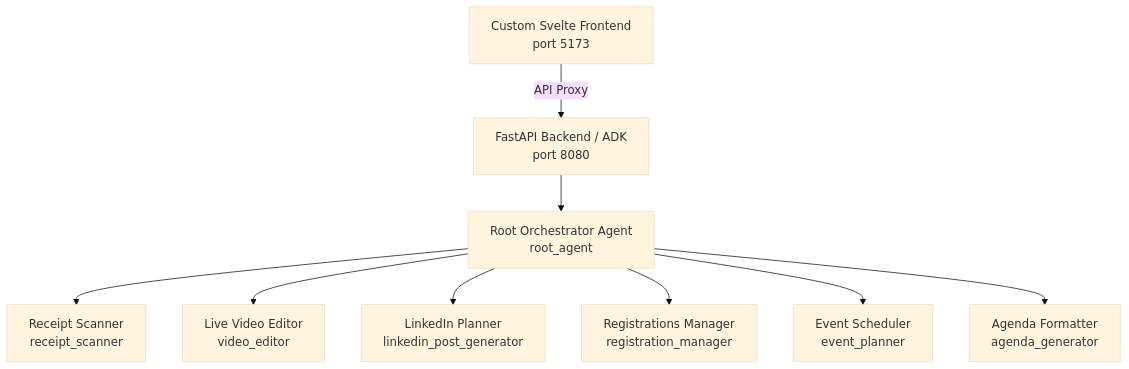
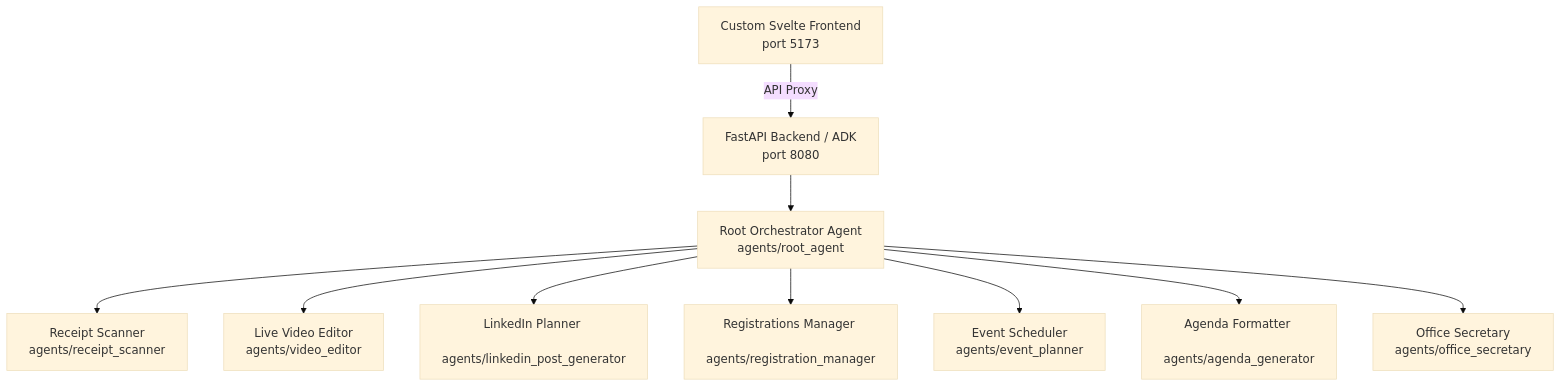
Before and after one commit to aplachykau-git/gdg_agents: the diagram in docs/setup_guide.md, drawn with Mermaid (base theme). The commit also changed other lines of this file and 12 other files, not shown here.

Commit message:
refactor: reorganize project structure, update agent configurations, and improve documentation for the Video Editor and overall workspace.

````diff
--- a/docs/setup_guide.md
+++ b/docs/setup_guide.md
@@ -11,11 +11,12 @@
 ```mermaid
 graph TD
     A[Custom Svelte Frontend <br> port 5173] -->|API Proxy| B[FastAPI Backend / ADK <br> port 8080]
-    B --> C[Root Orchestrator Agent <br> root_agent]
-    C --> D[Receipt Scanner <br> receipt_scanner]
-    C --> E[Live Video Editor <br> video_editor]
-    C --> F[LinkedIn Planner <br> linkedin_post_generator]
-    C --> G[Registrations Manager <br> registration_manager]
-    C --> H[Event Scheduler <br> event_planner]
-    C --> I[Agenda Formatter <br> agenda_generator]
+    B --> C[Root Orchestrator Agent <br> agents/root_agent]
+    C --> D[Receipt Scanner <br> agents/receipt_scanner]
+    C --> E[Live Video Editor <br> agents/video_editor]
+    C --> F[LinkedIn Planner <br> agents/linkedin_post_generator]
+    C --> G[Registrations Manager <br> agents/registration_manager]
+    C --> H[Event Scheduler <br> agents/event_planner]
+    C --> I[Agenda Formatter <br> agents/agenda_generator]
+    C --> J[Office Secretary <br> agents/office_secretary]
 ```
````
